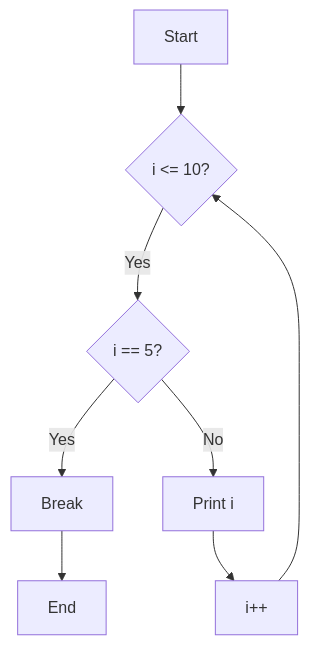
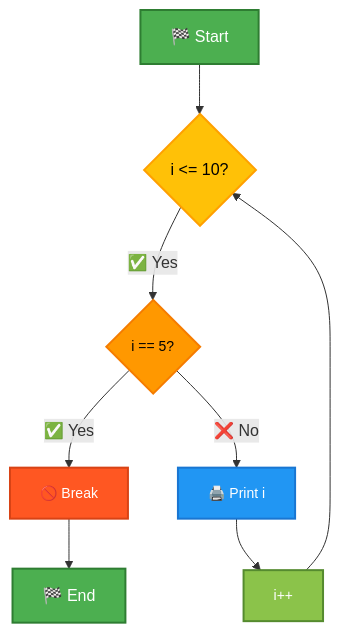
The ninth of 10 diagrams in _posts/2024-12-05-04.-flow-control-in-java.md (infoyouth/infoyouth.github.io), drawn with Mermaid before and after one commit. The commit also changed other lines of this file, not shown here.

````diff
--- a/_posts/2024-12-05-04.-flow-control-in-java.md
+++ b/_posts/2024-12-05-04.-flow-control-in-java.md
@@ -845,10 +861,20 @@
 ```mermaid
 graph TD
-    A[Start] --> B{i <= 10?};
-    B -- Yes --> C{i == 5?};
-    C -- Yes --> D[Break];
-    C -- No --> E[Print i];
+    A[🏁 Start] --> B{i <= 10?};
+    B -- ✅ Yes --> C{i == 5?};
+    C -- ✅ Yes --> D[🚫 Break];
+    C -- ❌ No --> E[🖨️ Print i];
     E --> F[i++];
     F --> B;
-    D --> G[End];
+    D --> G[🏁 End];
+
+    %% Node Styles
+    style A fill:#4CAF50,stroke:#2E7D32,stroke-width:2px,color:#FFFFFF,font-size:16px
+    style B fill:#FFC107,stroke:#FFA000,stroke-width:2px,color:#000000,font-size:16px
+    style C fill:#FF9800,stroke:#F57C00,stroke-width:2px,color:#000000,font-size:14px
+    style D fill:#FF5722,stroke:#D84315,stroke-width:2px,color:#FFFFFF,font-size:14px
+    style E fill:#2196F3,stroke:#1976D2,stroke-width:2px,color:#FFFFFF,font-size:14px
+    style F fill:#8BC34A,stroke:#558B2F,stroke-width:2px,color:#FFFFFF,font-size:14px
+    style G fill:#4CAF50,stroke:#2E7D32,stroke-width:2px,color:#FFFFFF,font-size:16px
+
 ```
````
